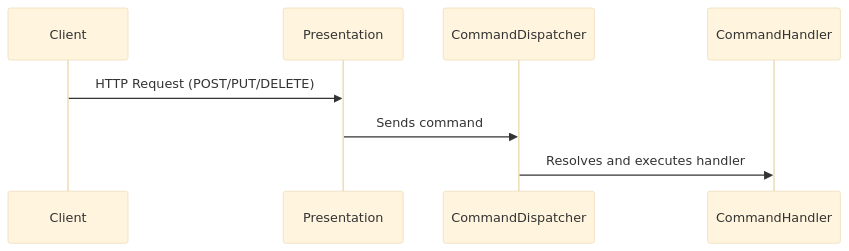
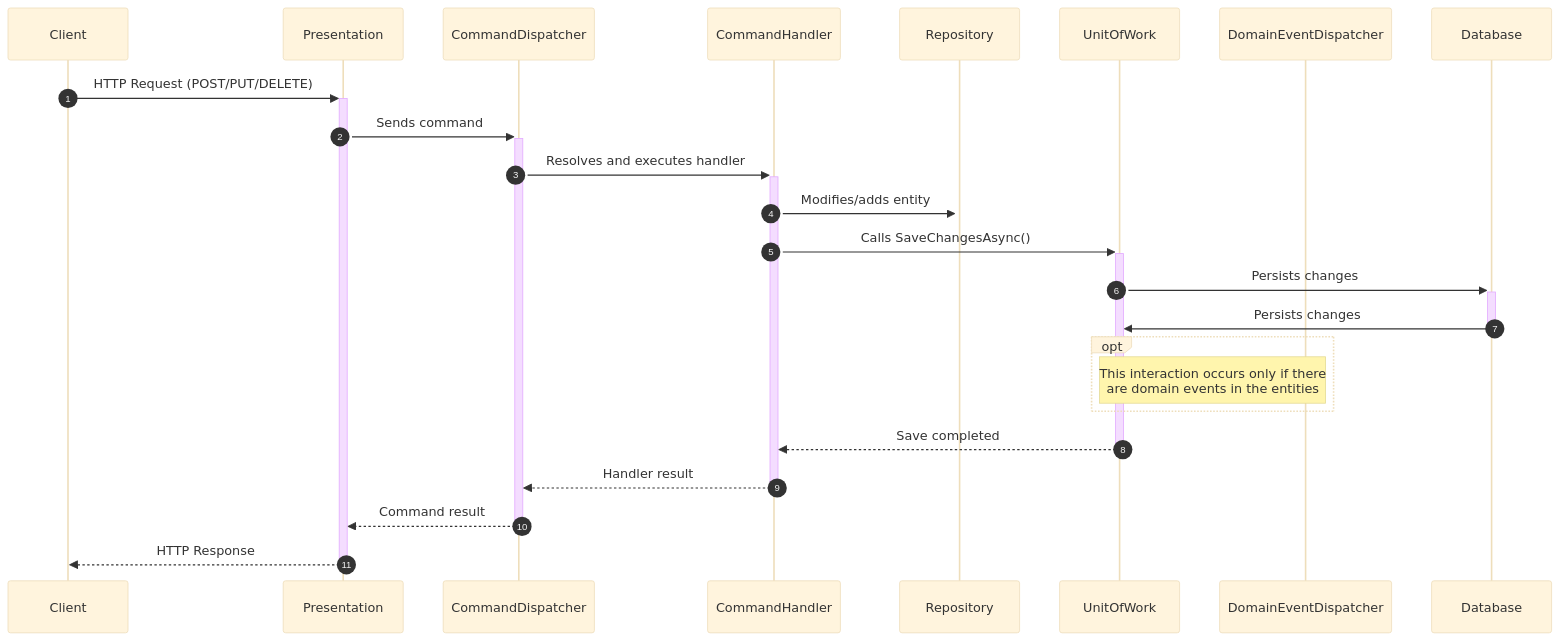
One commit to litoralcreativo/AkataAcademy changed the second of 5 diagrams in README.md. Above: the diagram before and after it, drawn with Mermaid (base theme). The commit also changed other lines of this file, not shown here.

First line of the commit message:
Enhance README.md structure and diagrams

````diff
--- a/README.md
+++ b/README.md
@@ -133,11 +156,28 @@
 ```mermaid
 sequenceDiagram
+    autonumber
+
     participant Client
     participant Presentation
     participant CommandDispatcher
     participant CommandHandler
+    participant Repository
+    participant UnitOfWork
+    participant DED as DomainEventDispatcher
+    participant DB as Database
 
-    Client->>Presentation: HTTP Request (POST/PUT/DELETE)
-    Presentation->>CommandDispatcher: Sends command
-    CommandDispatcher->>CommandHandler: Resolves and executes handler
+    Client->>+Presentation: HTTP Request (POST/PUT/DELETE)
+    Presentation->>+CommandDispatcher: Sends command
+    CommandDispatcher->>+CommandHandler: Resolves and executes handler
+    CommandHandler->>+Repository: Modifies/adds entity
+    CommandHandler->>+UnitOfWork: Calls SaveChangesAsync()
+    UnitOfWork->>+DB: Persists changes
+    DB->>-UnitOfWork: Persists changes
+    opt
+        Note over UnitOfWork,DED: This interaction occurs only if there<br>are domain events in the entities
+    end
+    UnitOfWork-->>-CommandHandler: Save completed
+    CommandHandler-->>-CommandDispatcher: Handler result
+    CommandDispatcher-->>-Presentation: Command result
+    Presentation-->>-Client: HTTP Response
 ```
````
